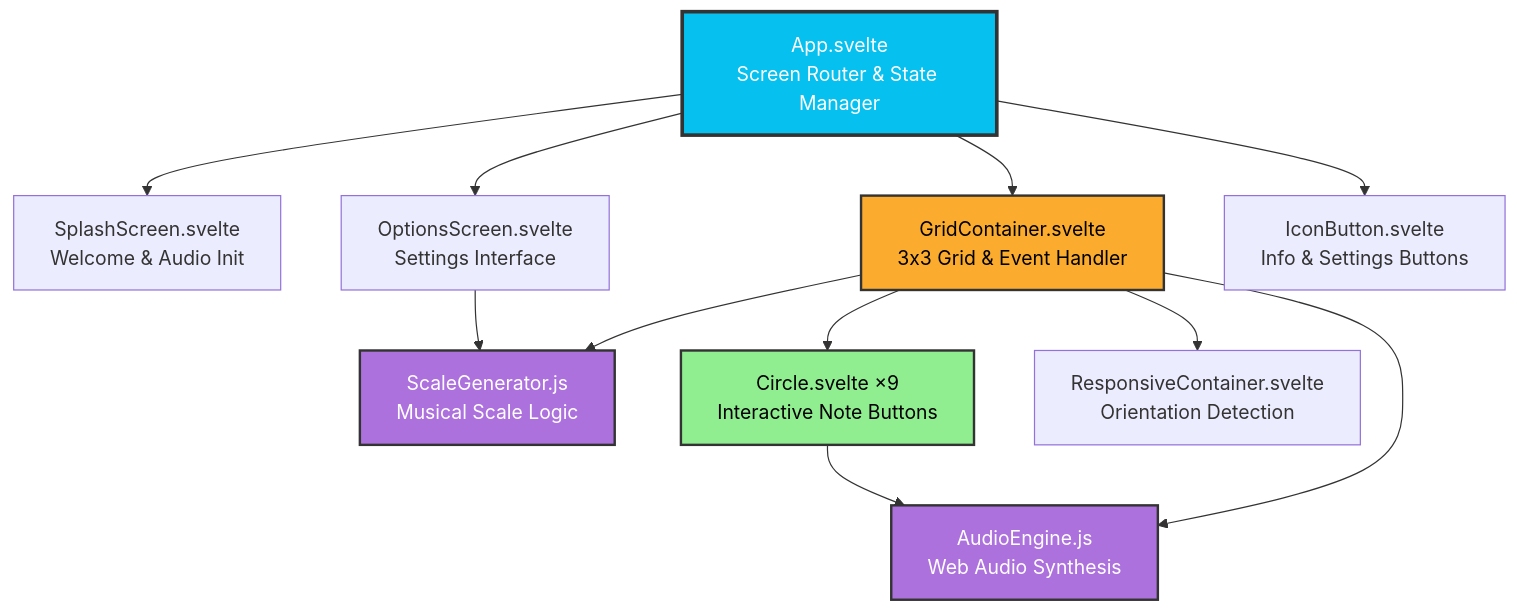
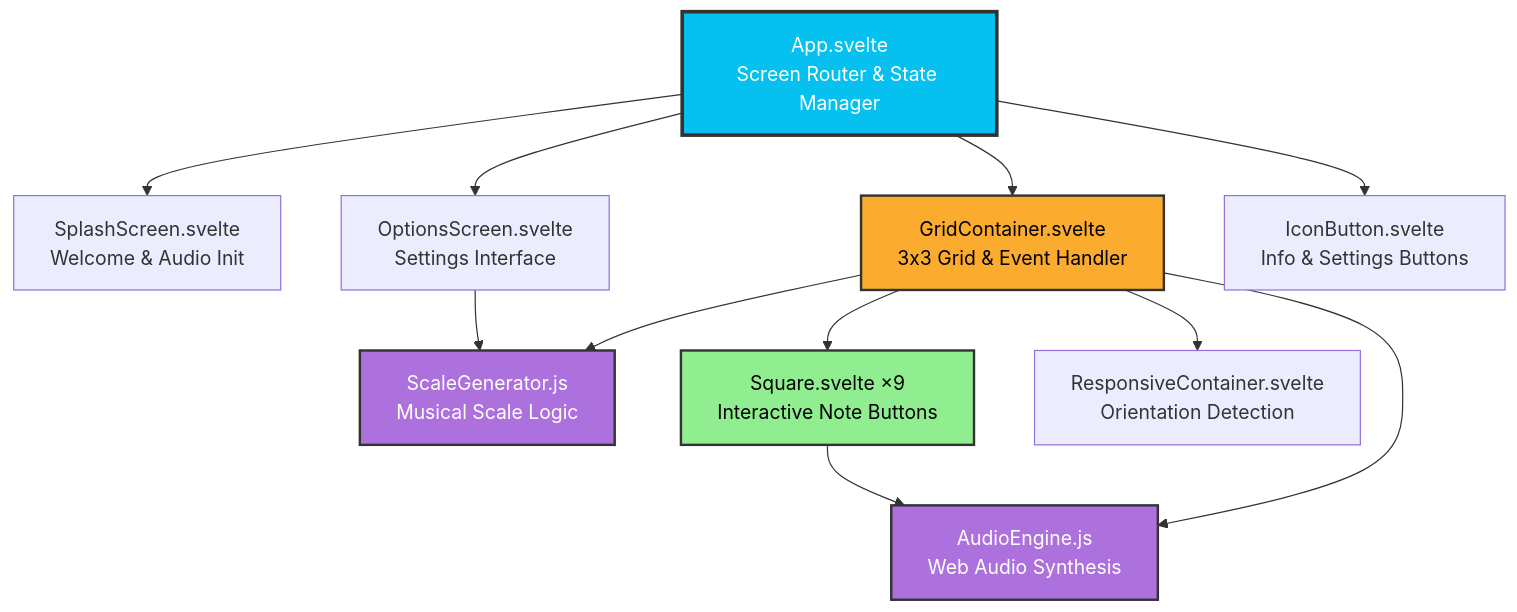
Before and after one commit to gawainhewitt/soundmakers_squares: the diagram in README.md, drawn with Mermaid. The commit also changed other lines of this file, not shown here.

````diff
--- a/README.md
+++ b/README.md
@@ -133,24 +133,24 @@
 ```mermaid
 graph TD
     A[App.svelte<br/>Screen Router & State Manager] --> B[SplashScreen.svelte<br/>Welcome & Audio Init]
     A --> C[OptionsScreen.svelte<br/>Settings Interface]
     A --> D[GridContainer.svelte<br/>3x3 Grid & Event Handler]
     A --> E[IconButton.svelte<br/>Info & Settings Buttons]
     
     D --> G[AudioEngine.js<br/>Web Audio Synthesis]
     D --> H[ScaleGenerator.js<br/>Musical Scale Logic]
-    D --> F[Circle.svelte ×9<br/>Interactive Note Buttons]
+    D --> F[Square.svelte ×9<br/>Interactive Note Buttons]
 
     
     C --> H
     
     F --> G
     
     D --> I[ResponsiveContainer.svelte<br/>Orientation Detection]
     
     style A fill:#06C0F0,stroke:#333,stroke-width:3px,color:#fff
     style D fill:#FBAC2E,stroke:#333,stroke-width:2px,color:#000
     style G fill:#AD71DD,stroke:#333,stroke-width:2px,color:#fff
     style H fill:#AD71DD,stroke:#333,stroke-width:2px,color:#fff
     style F fill:#90EE90,stroke:#333,stroke-width:2px,color:#000
 ```
````
